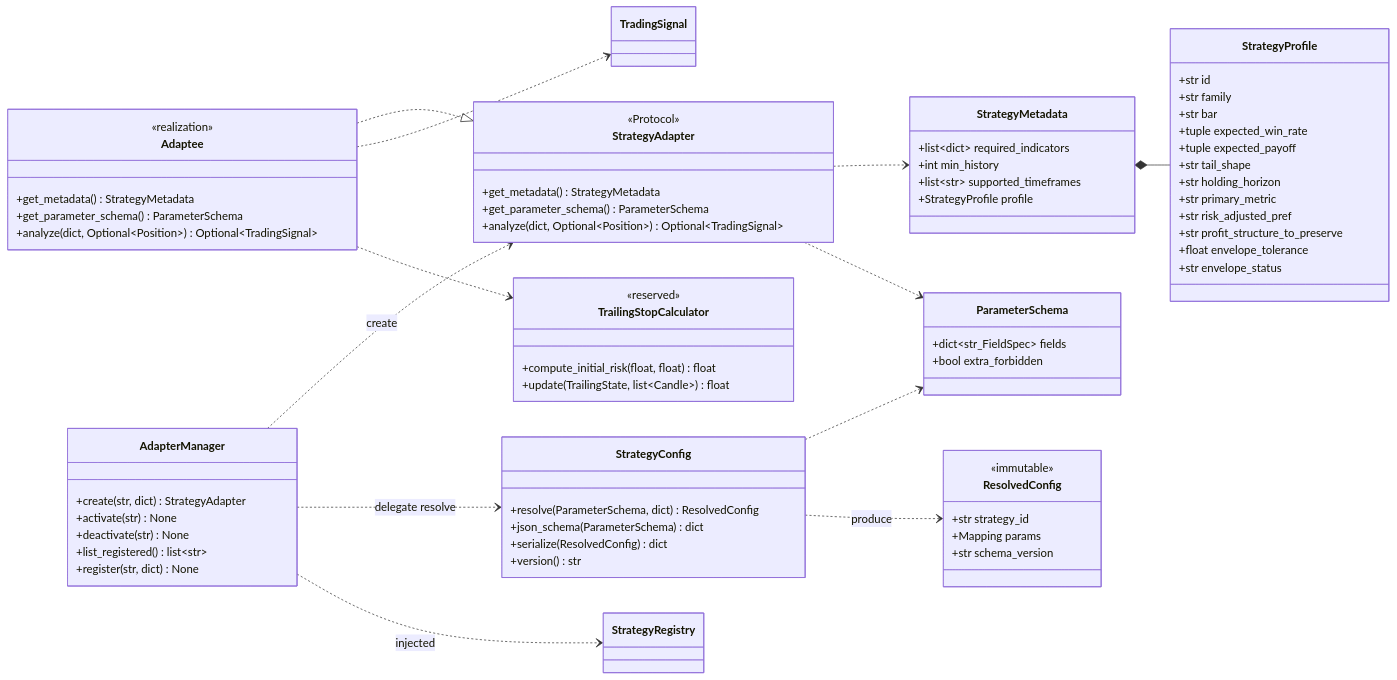
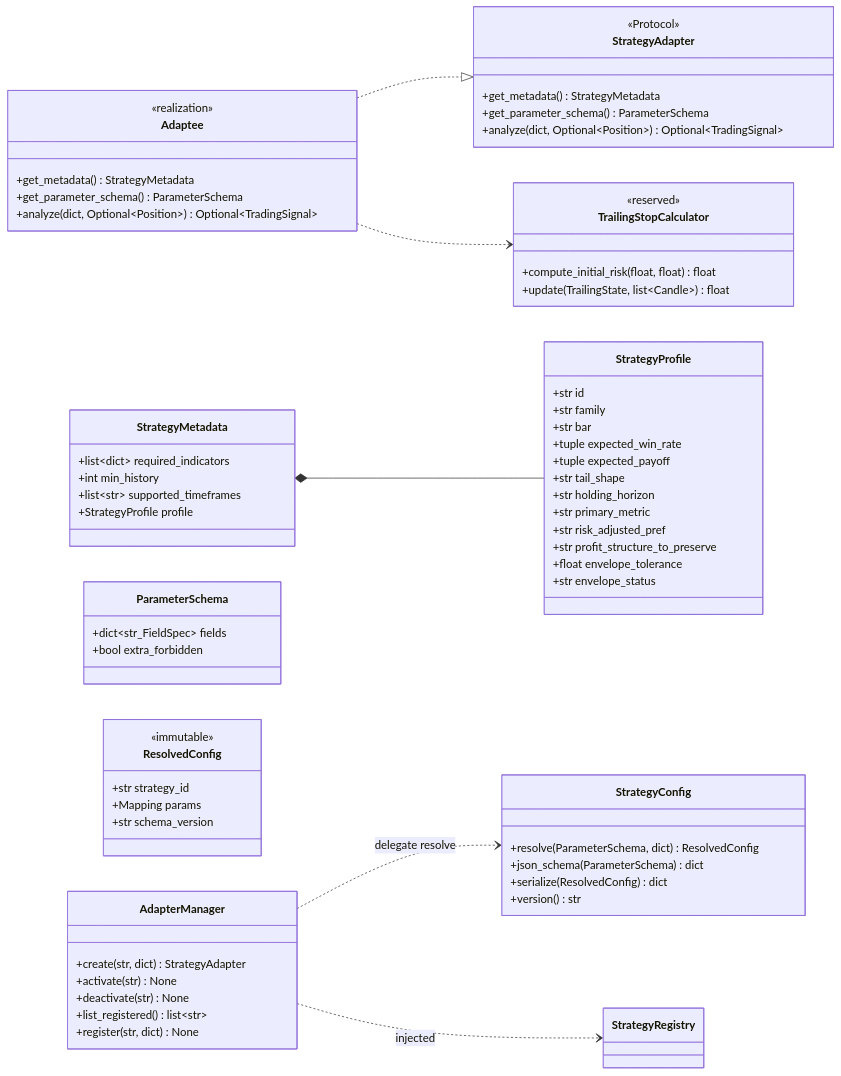
Before and after one commit to vessel35/trading-system-v2: the tenth of 17 diagrams in docs/fullspec/backtest_v2_detailed_design.md, drawn with Mermaid. The commit also changed other lines of this file, not shown here.

First line of the commit message:
docs(b-corelib-classes): §4 전 다이어그램 중복 의존 화살표 정리 동기화(정본 e79c35d 미러)

````diff
--- a/docs/fullspec/backtest_v2_detailed_design.md
+++ b/docs/fullspec/backtest_v2_detailed_design.md
@@ -1478,75 +1477,69 @@
 ```mermaid
 classDiagram
     direction LR
     class StrategyAdapter {
         <<Protocol>>
         +get_metadata() StrategyMetadata
         +get_parameter_schema() ParameterSchema
         +analyze(dict, Optional~Position~) Optional~TradingSignal~
     }
     class Adaptee {
         <<realization>>
         +get_metadata() StrategyMetadata
         +get_parameter_schema() ParameterSchema
         +analyze(dict, Optional~Position~) Optional~TradingSignal~
     }
     class StrategyMetadata {
         +list~dict~ required_indicators
         +int min_history
         +list~str~ supported_timeframes
         +StrategyProfile profile
     }
     class ParameterSchema {
         +dict~str_FieldSpec~ fields
         +bool extra_forbidden
     }
     class StrategyConfig {
         +resolve(ParameterSchema, dict) ResolvedConfig
         +json_schema(ParameterSchema) dict
         +serialize(ResolvedConfig) dict
         +version() str
     }
     class ResolvedConfig {
         <<immutable>>
         +str strategy_id
         +Mapping params
         +str schema_version
     }
     class AdapterManager {
         +create(str, dict) StrategyAdapter
         +activate(str) None
         +deactivate(str) None
         +list_registered() list~str~
         +register(str, dict) None
     }
     class StrategyProfile {
         +str id
         +str family
         +str bar
         +tuple expected_win_rate
         +tuple expected_payoff
         +str tail_shape
         +str holding_horizon
         +str primary_metric
         +str risk_adjusted_pref
         +str profit_structure_to_preserve
         +float envelope_tolerance
         +str envelope_status
     }
     class TrailingStopCalculator {
         <<reserved>>
         +compute_initial_risk(float, float) float
         +update(TrailingState, list~Candle~) float
     }
     Adaptee ..|> StrategyAdapter
-    Adaptee ..> TradingSignal
     Adaptee ..> TrailingStopCalculator
-    StrategyAdapter ..> StrategyMetadata
-    StrategyAdapter ..> ParameterSchema
     StrategyMetadata *-- StrategyProfile
-    AdapterManager ..> StrategyAdapter : create
     AdapterManager ..> StrategyConfig : delegate resolve
     AdapterManager ..> StrategyRegistry : injected
-    StrategyConfig ..> ParameterSchema
-    StrategyConfig ..> ResolvedConfig : produce
 ```
````
